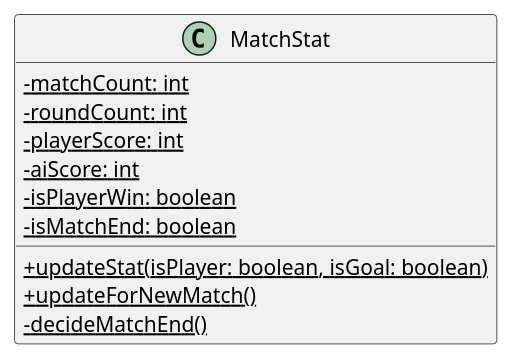
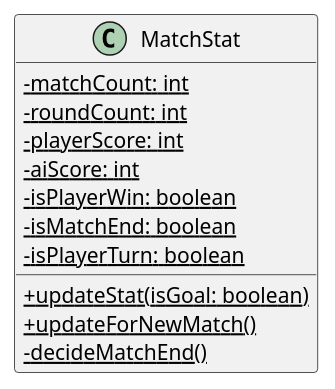
The diagram in docs/diagrams/MatchStatClassDiagram.puml (runxinghuan/tp), drawn with PlantUML before and after one commit. The commit also changed 4 other files, not shown here.

Commit message:
Update the class diagram for MatchStat

```diff
--- a/docs/diagrams/MatchStatClassDiagram.puml
+++ b/docs/diagrams/MatchStatClassDiagram.puml
@@ -1,19 +1,20 @@
 @startuml
 'https://plantuml.com/class-diagram
 
 skinparam classAttributeIconSize 0
 
 class MatchStat {
 - {static} matchCount: int
 - {static} roundCount: int
 - {static} playerScore: int
 - {static} aiScore: int
 - {static} isPlayerWin: boolean
 - {static} isMatchEnd: boolean
-+ {static} updateStat(isPlayer: boolean, isGoal: boolean)
+- {static} isPlayerTurn: boolean
++ {static} updateStat(isGoal: boolean)
 + {static} updateForNewMatch()
 - {static} decideMatchEnd()
 }
 
 
 @enduml
```
